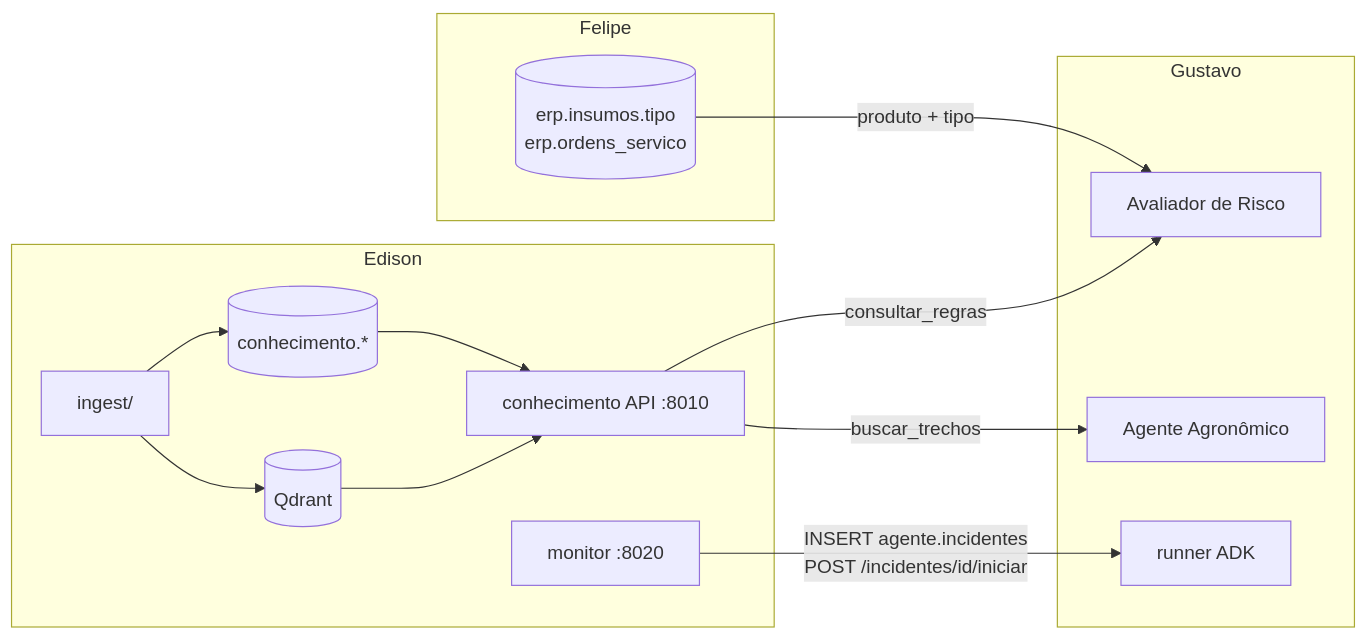
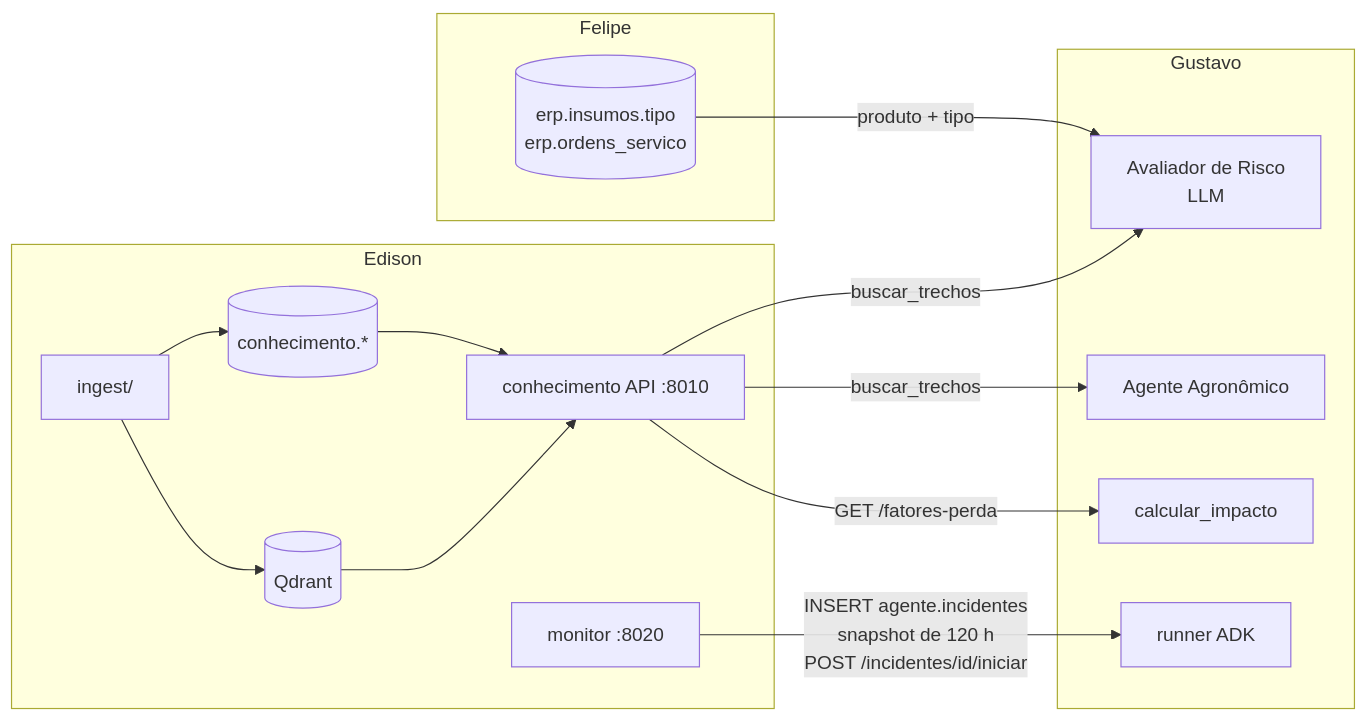
The fifth of 5 diagrams in docs/plans/2026-10-28-conhecimento-e-clima.md (EdisonCintra/terra-mind), drawn with Mermaid before and after one commit. The commit also changed other lines of this file and 2 other files, not shown here.

````diff
--- a/docs/plans/2026-10-28-conhecimento-e-clima.md
+++ b/docs/plans/2026-10-28-conhecimento-e-clima.md
@@ -124,21 +131,23 @@
 ```mermaid
 flowchart LR
     subgraph Edison
         ING[ingest/] --> PG[(conhecimento.*)]
         ING --> QD[(Qdrant)]
         PG & QD --> API[conhecimento API :8010]
         MON[monitor :8020]
     end
     subgraph Felipe
         ERP[(erp.insumos.tipo<br/>erp.ordens_servico)]
     end
     subgraph Gustavo
-        AV[Avaliador de Risco]
+        AV[Avaliador de Risco<br/>LLM]
         AG[Agente Agronômico]
+        IMP[calcular_impacto]
         RUN[runner ADK]
     end
-    API -->|consultar_regras| AV
+    API -->|buscar_trechos| AV
     API -->|buscar_trechos| AG
-    MON -->|INSERT agente.incidentes<br/>POST /incidentes/id/iniciar| RUN
+    API -->|GET /fatores-perda| IMP
+    MON -->|INSERT agente.incidentes<br/>snapshot de 120 h<br/>POST /incidentes/id/iniciar| RUN
     ERP -->|produto + tipo| AV
 ```
````
